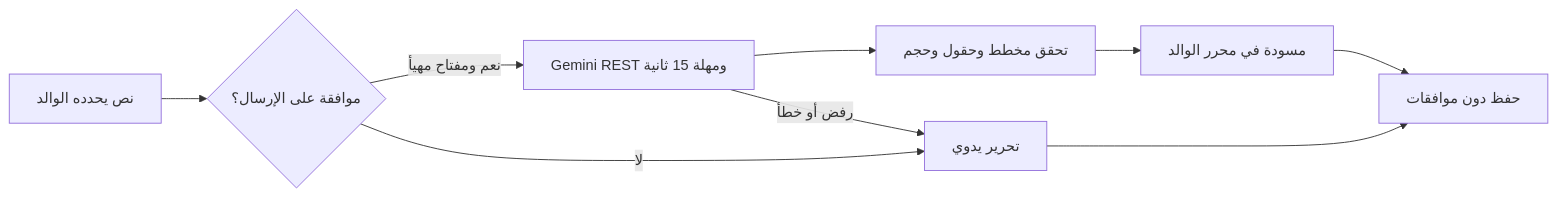
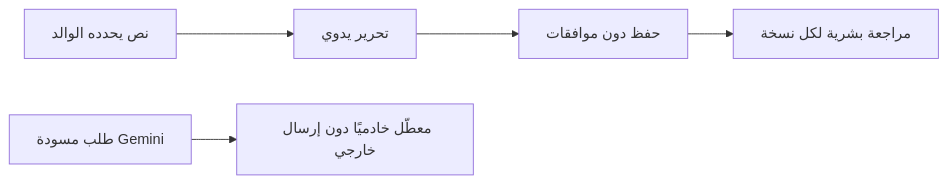
The fifth of 5 diagrams in README.md (faisald2926/majaz), drawn with Mermaid before and after one commit. The commit also changed other lines of this file and 15 other files, not shown here.

````diff
--- a/README.md
+++ b/README.md
@@ -120,11 +122,7 @@
 ```mermaid
 flowchart LR
-  T[نص يحدده الوالد] --> CONSENT{موافقة على الإرسال؟}
-  CONSENT -->|نعم ومفتاح مهيأ| G[Gemini REST ومهلة 15 ثانية]
-  G --> V[تحقق مخطط وحقول وحجم]
-  V --> D[مسودة في محرر الوالد]
-  D --> SAVE[حفظ دون موافقات]
-  CONSENT -->|لا| MANUAL[تحرير يدوي]
-  MANUAL --> SAVE
-  G -->|رفض أو خطأ| MANUAL
+  T[نص يحدده الوالد] --> MANUAL[تحرير يدوي]
+  MANUAL --> SAVE[حفظ دون موافقات]
+  SAVE --> REVIEW[مراجعة بشرية لكل نسخة]
+  G[طلب مسودة Gemini] --> STOP[معطّل خادميًا دون إرسال خارجي]
 ```
````
